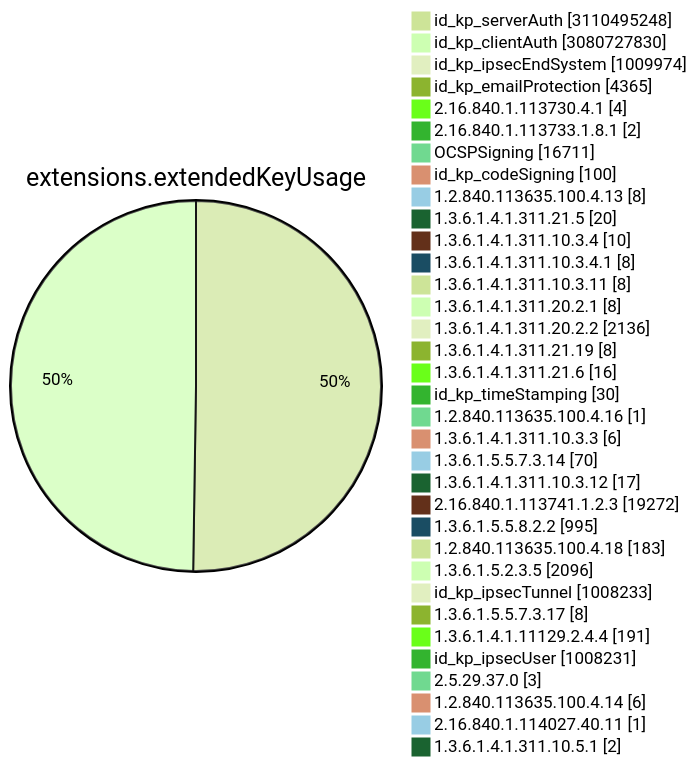
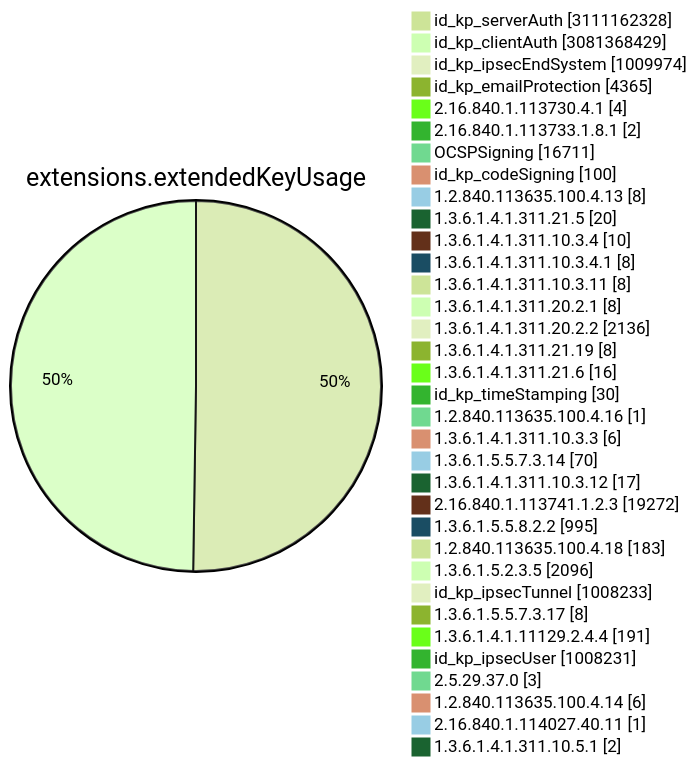
Before and after one commit to christiankrug/ctmonitor_visualization: diagram 11 of 15 in TOTAL/README.md, drawn with Mermaid (forest theme). The commit also changed other lines of this file, not shown here.

````diff
--- a/TOTAL/README.md
+++ b/TOTAL/README.md
@@ -4117,38 +4117,38 @@
 ```mermaid
 pie showData
 title extensions.extendedKeyUsage
-"id_kp_serverAuth" :3110495248
-"id_kp_clientAuth" :3080727830
+"id_kp_serverAuth" :3111162328
+"id_kp_clientAuth" :3081368429
 "id_kp_ipsecEndSystem" :1009974
 "id_kp_emailProtection" :4365
 "2.16.840.1.113730.4.1" :4
 "2.16.840.1.113733.1.8.1" :2
 "OCSPSigning" :16711
 "id_kp_codeSigning" :100
 "1.2.840.113635.100.4.13" :8
 "1.3.6.1.4.1.311.21.5" :20
 "1.3.6.1.4.1.311.10.3.4" :10
 "1.3.6.1.4.1.311.10.3.4.1" :8
 "1.3.6.1.4.1.311.10.3.11" :8
 "1.3.6.1.4.1.311.20.2.1" :8
 "1.3.6.1.4.1.311.20.2.2" :2136
 "1.3.6.1.4.1.311.21.19" :8
 "1.3.6.1.4.1.311.21.6" :16
 "id_kp_timeStamping" :30
 "1.2.840.113635.100.4.16" :1
 "1.3.6.1.4.1.311.10.3.3" :6
 "1.3.6.1.5.5.7.3.14" :70
 "1.3.6.1.4.1.311.10.3.12" :17
 "2.16.840.1.113741.1.2.3" :19272
 "1.3.6.1.5.5.8.2.2" :995
 "1.2.840.113635.100.4.18" :183
 "1.3.6.1.5.2.3.5" :2096
 "id_kp_ipsecTunnel" :1008233
 "1.3.6.1.5.5.7.3.17" :8
 "1.3.6.1.4.1.11129.2.4.4" :191
 "id_kp_ipsecUser" :1008231
 "2.5.29.37.0" :3
 "1.2.840.113635.100.4.14" :6
 "2.16.840.1.114027.40.11" :1
 "1.3.6.1.4.1.311.10.5.1" :2
 ```
````
